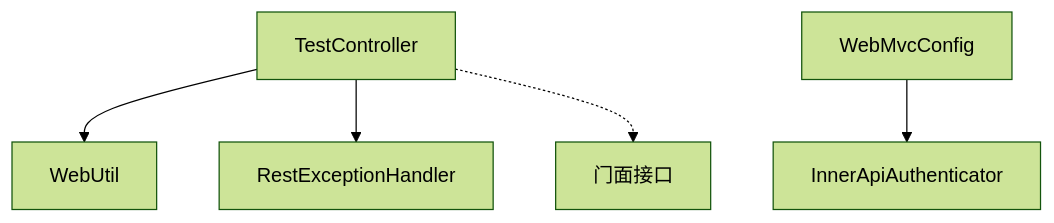
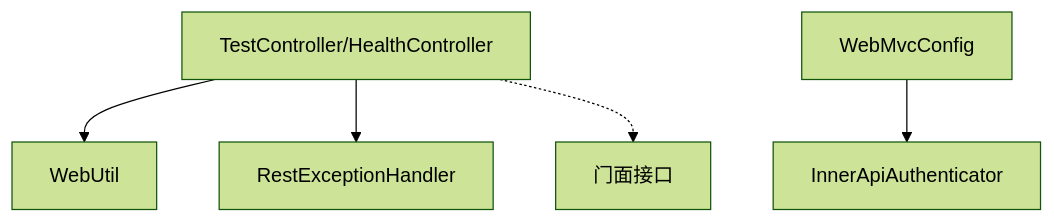
One commit to magicliang/domain-driven-transaction-sys changed the tenth of 10 diagrams in .qoder/repowiki/zh/content/项目概述/项目结构/业务服务实现层/Web控制器.md. Above: the diagram before and after it, drawn with Mermaid (forest theme). The commit also changed other lines of this file and 7 other files, not shown here.

````diff
--- a/.qoder/repowiki/zh/content/项目概述/项目结构/业务服务实现层/Web控制器.md
+++ b/.qoder/repowiki/zh/content/项目概述/项目结构/业务服务实现层/Web控制器.md
@@ -288,7 +347,7 @@
 ```mermaid
 graph TB
-Controller["TestController"] --> Util["WebUtil"]
+Controller["TestController/HealthController"] --> Util["WebUtil"]
 Controller --> Ex["RestExceptionHandler"]
 Config["WebMvcConfig"] --> Inter["InnerApiAuthenticator"]
 Controller -.-> Facade["门面接口"]
 ```
````
